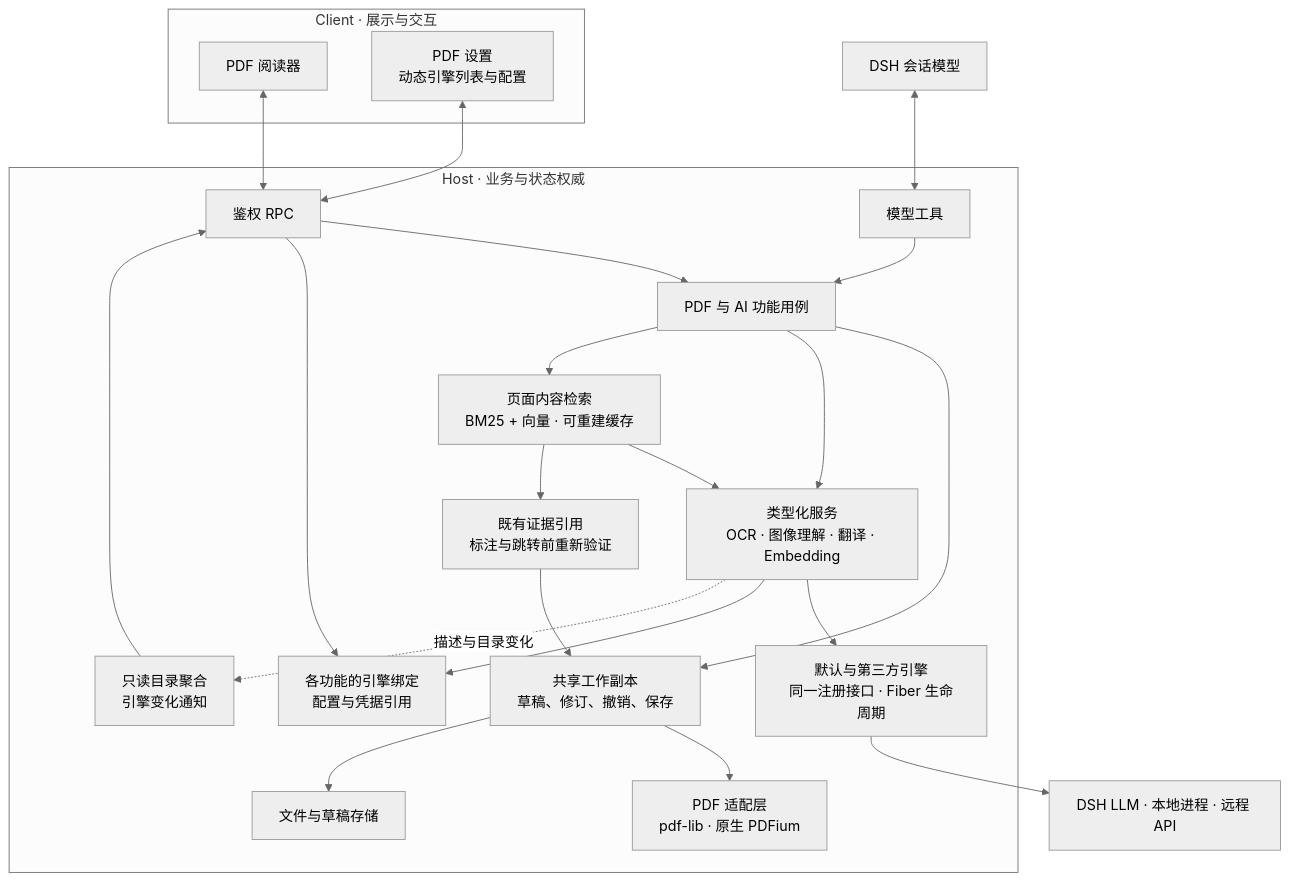
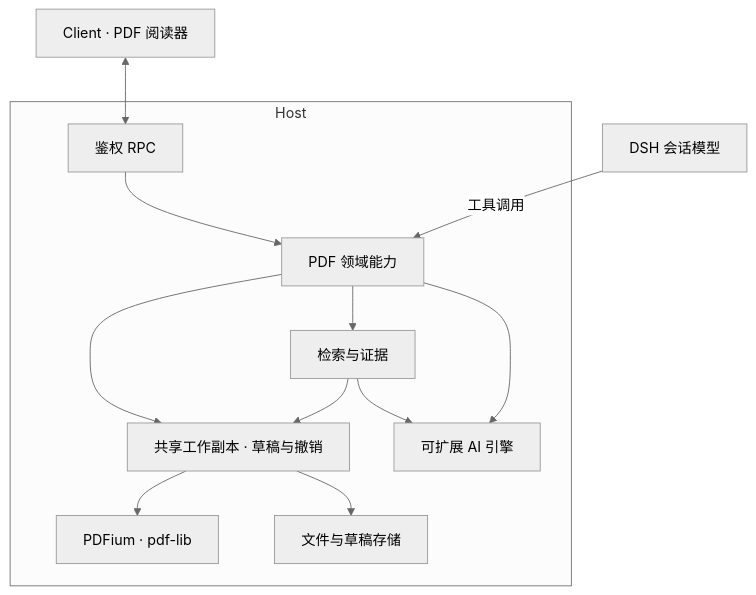
One commit to dingyiliao/dsh-bundle-pdf changed the diagram in README.zh.md. Above: the diagram before and after it, drawn with Mermaid (neutral theme). The commit also changed other lines of this file and 5 other files, not shown here.

````diff
--- a/README.zh.md
+++ b/README.zh.md
@@ -85,40 +61,15 @@
 ```mermaid
 flowchart TB
-  subgraph Client["Client · 展示与交互"]
-    Reader["PDF 阅读器"]
-    Settings["PDF 设置<br/>动态引擎列表与配置"]
+  Reader["Client · PDF 阅读器"] <--> RPC
+  Model["DSH 会话模型"] -- "工具调用" --> Features
+  subgraph Host
+    RPC["鉴权 RPC"] --> Features["PDF 领域能力"]
+    Features --> Copy["共享工作副本 · 草稿与撤销"]
+    Features --> Search["检索与证据"]
+    Features --> Engines["可扩展 AI 引擎"]
+    Search --> Copy
+    Search --> Engines
+    Copy --> PDF["PDFium · pdf-lib"]
+    Copy --> Storage["文件与草稿存储"]
   end
-  subgraph Host["Host · 业务与状态权威"]
-    RPC["鉴权 RPC"]
-    Tools["模型工具"]
-    Features["PDF 与 AI 功能用例"]
-    Copy["共享工作副本<br/>草稿、修订、撤销、保存"]
-    AI["类型化服务<br/>OCR · 图像理解 · 翻译 · Embedding"]
-    Retrieval["页面内容检索<br/>BM25 + 向量 · 可重建缓存"]
-    Evidence["既有证据引用<br/>标注与跳转前重新验证"]
-    Catalog["只读目录聚合<br/>引擎变化通知"]
-    Config["各功能的引擎绑定<br/>配置与凭据引用"]
-    Backends["默认与第三方引擎<br/>同一注册接口 · Fiber 生命周期"]
-    Native["PDF 适配层<br/>pdf-lib · 原生 PDFium"]
-    Files["文件与草稿存储"]
-    RPC --> Features
-    Tools --> Features
-    Features --> Copy
-    Features --> AI
-    Features --> Retrieval
-    Retrieval --> AI
-    Retrieval --> Evidence
-    Evidence --> Copy
-    Copy --> Native
-    Copy --> Files
-    AI --> Backends
-    AI --> Config
-    AI -. "描述与目录变化" .-> Catalog
-    Catalog --> RPC
-    RPC --> Config
-  end
-  Reader <--> RPC
-  Settings <--> RPC
-  Model["DSH 会话模型"] <--> Tools
-  Backends --> Dependencies["DSH LLM · 本地进程 · 远程 API"]
 ```
````
